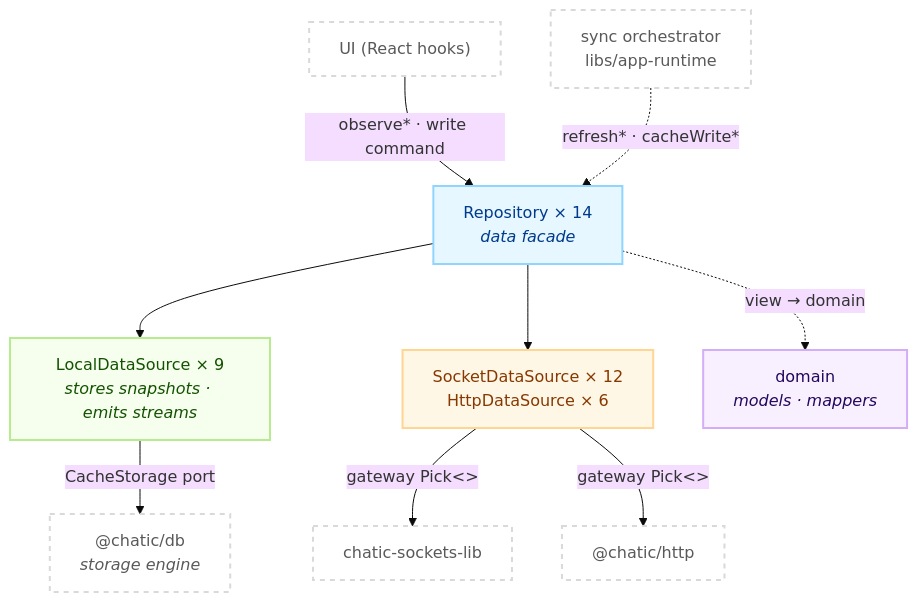
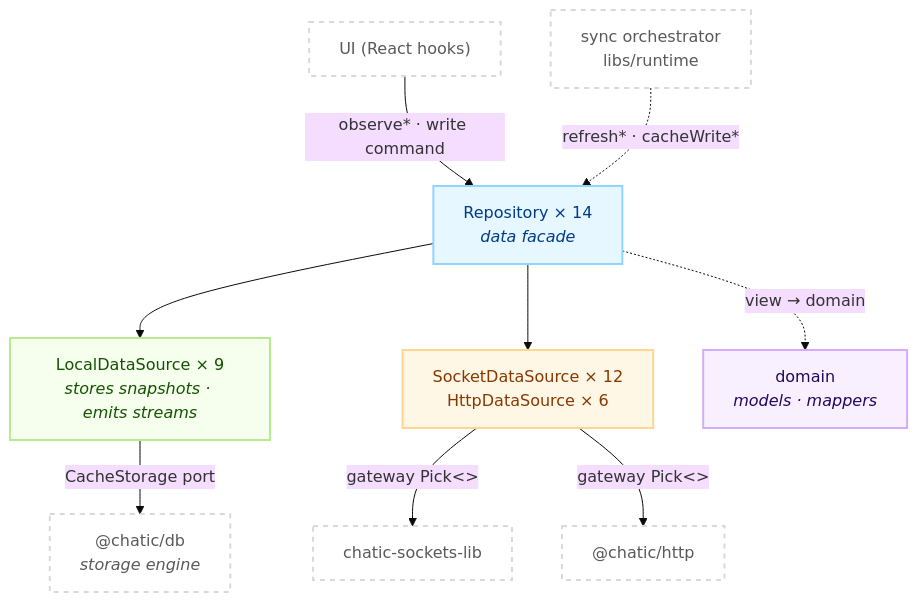
One commit to lemoncloud-io/dou-app changed the first of 2 diagrams in libs/data/README.md. Above: the diagram before and after it, drawn with Mermaid (base theme). The commit also changed other lines of this file and 357 other files, not shown here.

First line of the commit message:
refactor(runtime,runtime-client,runtime-web,host): rename app-runtime to runtime, the facade

````diff
--- a/libs/data/README.md
+++ b/libs/data/README.md
@@ -52,29 +52,29 @@
 ```mermaid
 flowchart TD
     classDef repo fill:#e6f7ff,stroke:#91d5ff,stroke-width:2px,color:#003a8c;
     classDef local fill:#f6ffed,stroke:#b7eb8f,stroke-width:2px,color:#135200;
     classDef remote fill:#fff7e6,stroke:#ffd591,stroke-width:2px,color:#873800;
     classDef domain fill:#f9f0ff,stroke:#d3adf7,stroke-width:2px,color:#22075e;
     classDef ext fill:#ffffff,stroke:#d9d9d9,stroke-width:2px,color:#595959,stroke-dasharray: 5 5;
 
     UI["UI (React hooks)"]:::ext
-    Sync["sync orchestrator<br/>libs/app-runtime"]:::ext
+    Sync["sync orchestrator<br/>libs/runtime"]:::ext
 
     Repo["Repository × 14<br/><i>data facade</i>"]:::repo
     Local["LocalDataSource × 9<br/><i>stores snapshots · emits streams</i>"]:::local
     Remote["SocketDataSource × 12<br/>HttpDataSource × 6"]:::remote
     Domain["domain<br/><i>models · mappers</i>"]:::domain
 
     DB["@chatic/db<br/><i>storage engine</i>"]:::ext
     Sock["chatic-sockets-lib"]:::ext
     Http["@chatic/http"]:::ext
 
     UI -->|"observe* · write command"| Repo
     Sync -.->|"refresh* · cacheWrite*"| Repo
     Repo --> Local
     Repo --> Remote
     Repo -.->|"view → domain"| Domain
     Local -->|"CacheStorage port"| DB
     Remote -->|"gateway Pick&lt;&gt;"| Sock
     Remote -->|"gateway Pick&lt;&gt;"| Http
 ```
````
